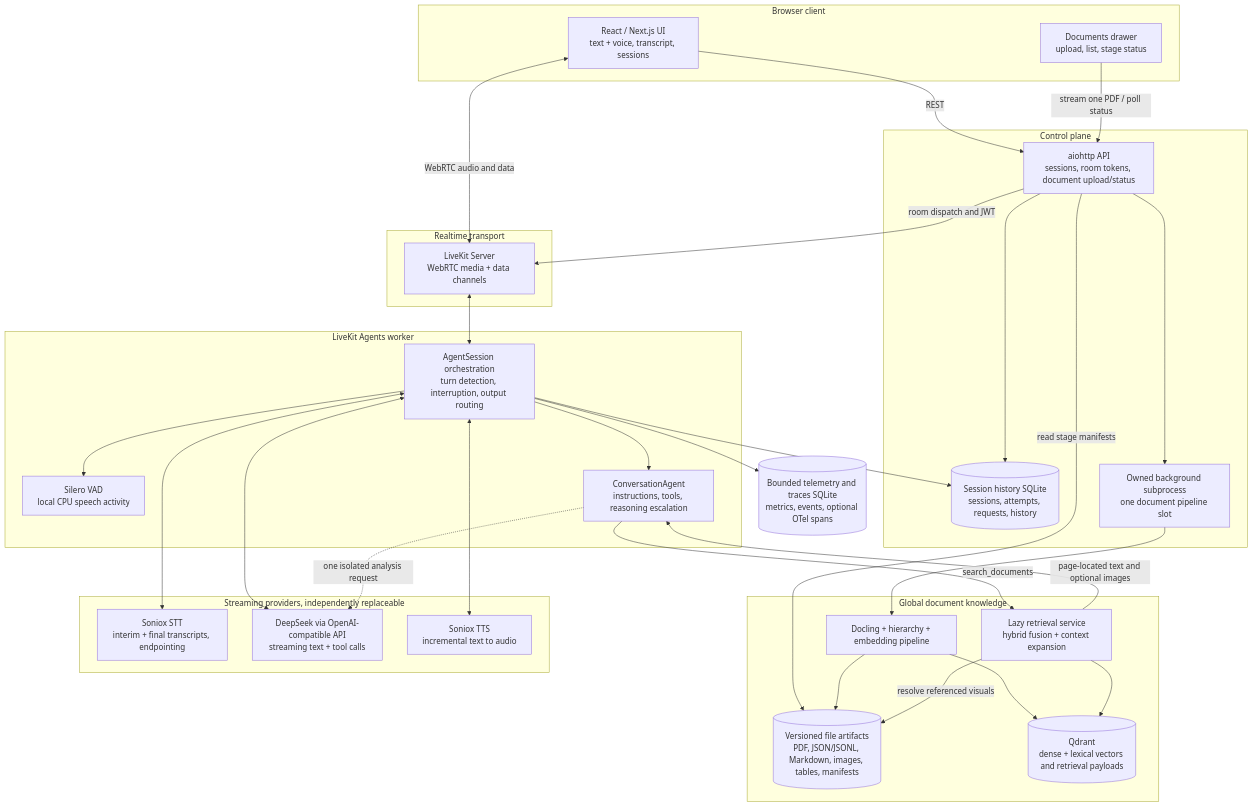
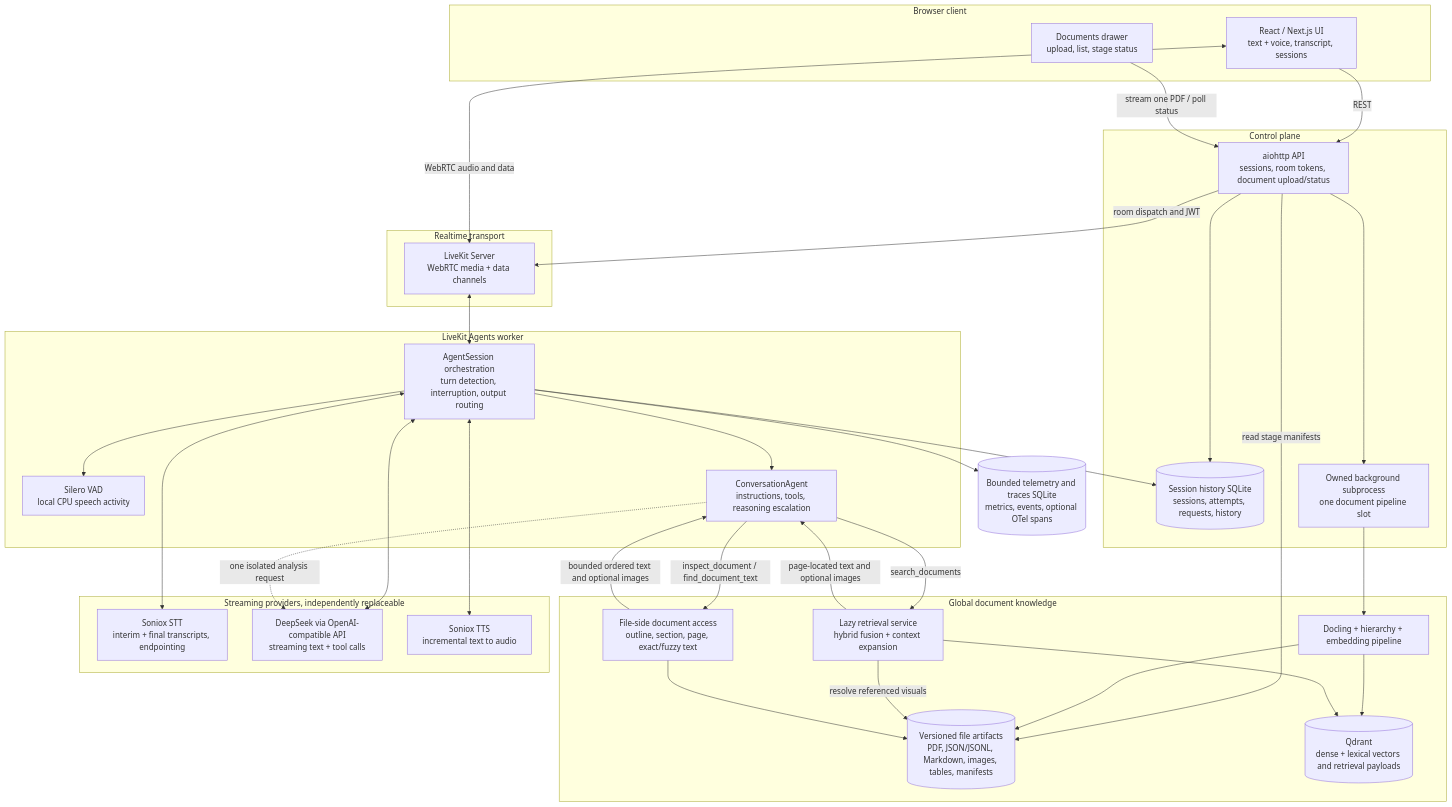
The first of 3 diagrams in README.md (ParrotG/OpenTalk), drawn with Mermaid before and after one commit. The commit also changed other lines of this file and 13 other files, not shown here.

````diff
--- a/README.md
+++ b/README.md
@@ -95,62 +95,66 @@
 ```mermaid
 flowchart TB
     subgraph Client["Browser client"]
         UI["React / Next.js UI<br/>text + voice, transcript, sessions"]
         DU["Documents drawer<br/>upload, list, stage status"]
     end
 
     subgraph Control["Control plane"]
         API["aiohttp API<br/>sessions, room tokens, document upload/status"]
         SDB[("Session history SQLite<br/>sessions, attempts, requests, history")]
         JOB["Owned background subprocess<br/>one document pipeline slot"]
     end
 
     subgraph Transport["Realtime transport"]
         LK["LiveKit Server<br/>WebRTC media + data channels"]
     end
 
     subgraph Runtime["LiveKit Agents worker"]
         AS["AgentSession orchestration<br/>turn detection, interruption, output routing"]
         VAD["Silero VAD<br/>local CPU speech activity"]
         AG["ConversationAgent<br/>instructions, tools, reasoning escalation"]
     end
 
     subgraph Knowledge["Global document knowledge"]
         PIPE["Docling + hierarchy + embedding pipeline"]
         FILES[("Versioned file artifacts<br/>PDF, JSON/JSONL, Markdown, images, tables, manifests")]
         QD[("Qdrant<br/>dense + lexical vectors and retrieval payloads")]
         RET["Lazy retrieval service<br/>hybrid fusion + context expansion"]
+        ACCESS["File-side document access<br/>outline, section, page, exact/fuzzy text"]
     end
 
     subgraph Providers["Streaming providers, independently replaceable"]
         STT["Soniox STT<br/>interim + final transcripts, endpointing"]
         LLM["DeepSeek via OpenAI-compatible API<br/>streaming text + tool calls"]
         TTS["Soniox TTS<br/>incremental text to audio"]
     end
 
     TEL[("Bounded telemetry and traces SQLite<br/>metrics, events, optional OTel spans")]
 
     UI -->|REST| API
     DU -->|stream one PDF / poll status| API
     API --> SDB
     API --> JOB
     API -->|read stage manifests| FILES
     JOB --> PIPE
     PIPE --> FILES
     PIPE --> QD
     API -->|room dispatch and JWT| LK
     UI <-->|WebRTC audio and data| LK
     LK <--> AS
     AS --> SDB
     AS --> VAD
     AS <--> STT
     AS <--> LLM
     AS <--> TTS
     AS --> AG
     AS --> TEL
     AG -.->|one isolated analysis request| LLM
     AG -->|search_documents| RET
+    AG -->|inspect_document / find_document_text| ACCESS
     RET --> QD
     RET -->|resolve referenced visuals| FILES
     RET -->|page-located text and optional images| AG
+    ACCESS --> FILES
+    ACCESS -->|bounded ordered text and optional images| AG
 ```
````
